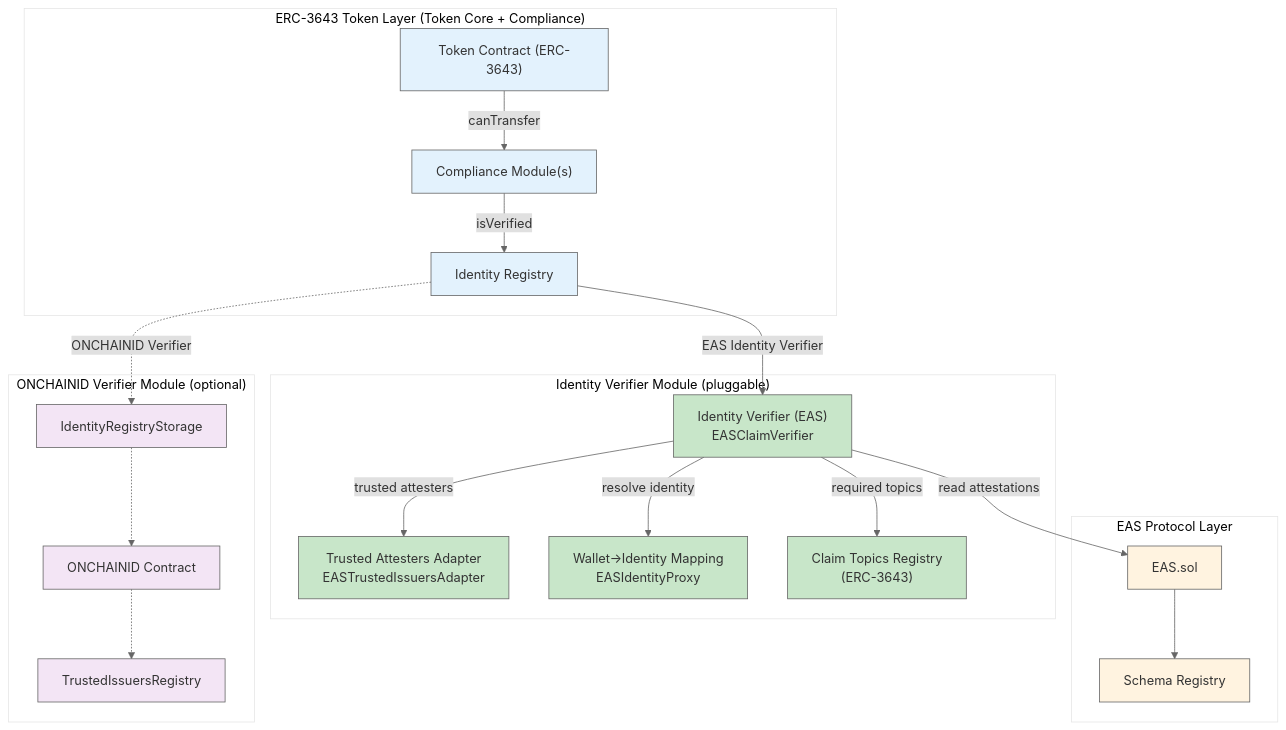
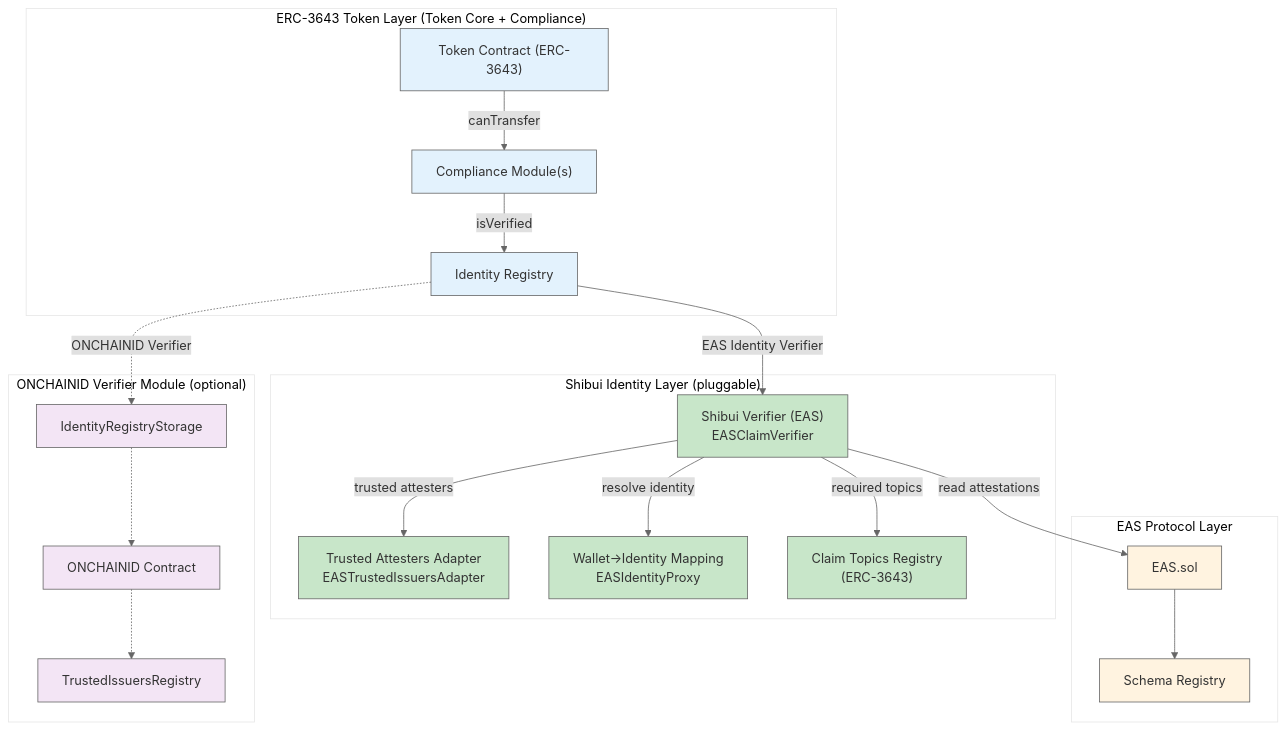
The diagram in diagrams/architecture-overview.mmd (EntEthAlliance/rnd-rwa-erc3643-eas), drawn with Mermaid before and after one commit. The commit also changed 5 other files, not shown here.

Commit message:
docs(diagrams): refresh Shibui MVP diagrams

```diff
--- a/diagrams/architecture-overview.mmd
+++ b/diagrams/architecture-overview.mmd
@@ -1,64 +1,64 @@
 %%{init: {'theme': 'base', 'themeVariables': { 'primaryColor': '#f0f0f0', 'primaryTextColor': '#333', 'primaryBorderColor': '#666', 'lineColor': '#666', 'secondaryColor': '#e0e0e0', 'tertiaryColor': '#fff'}}}%%
 flowchart TB
     %% This diagram mirrors OpenZeppelin RWA vocabulary:
-    %% - Token core calls into a separate Identity Verifier module
+    %% - Token core calls into a separate Shibui Identity Layer module
     %% - Compliance is modular and remains independent from identity proof format
 
     subgraph TokenLayer["ERC-3643 Token Layer (Token Core + Compliance)"]
         Token["Token Contract (ERC-3643)"]
         Compliance["Compliance Module(s)"]
         IR["Identity Registry"]
     end
 
-    subgraph IdentityVerifierLayer["Identity Verifier Module (pluggable)"]
-        ECV["Identity Verifier (EAS)\nEASClaimVerifier"]
+    subgraph IdentityVerifierLayer["Shibui Identity Layer (pluggable)"]
+        ECV["Shibui Verifier (EAS)\nEASClaimVerifier"]
         TIA["Trusted Attesters Adapter\nEASTrustedIssuersAdapter"]
         EIP["Wallet→Identity Mapping\nEASIdentityProxy"]
         CTR["Claim Topics Registry\n(ERC-3643)"]
     end
 
     subgraph EASLayer["EAS Protocol Layer"]
         EAS["EAS.sol"]
         SR["Schema Registry"]
     end
 
     subgraph OnchainIDLayer["ONCHAINID Verifier Module (optional)"]
         OCID["ONCHAINID Contract"]
         TIR["TrustedIssuersRegistry"]
         IRS["IdentityRegistryStorage"]
     end
 
     Token -->|canTransfer| Compliance
     Compliance -->|isVerified| IR
 
-    %% ERC-3643 Identity Registry delegates identity checks to a verifier module.
+    %% ERC-3643 Identity Registry delegates identity checks to the Shibui verifier module.
     IR -->|EAS Identity Verifier| ECV
 
     %% Optional dual-mode: keep ONCHAINID as an alternative verifier.
     IR -.->|ONCHAINID Verifier| IRS
     IRS -.-> OCID
     OCID -.-> TIR
 
     %% Internals of the EAS Identity Verifier module
     ECV -->|resolve identity| EIP
     ECV -->|required topics| CTR
     ECV -->|trusted attesters| TIA
     ECV -->|read attestations| EAS
 
     EAS --> SR
 
     style Token fill:#e3f2fd
     style Compliance fill:#e3f2fd
     style IR fill:#e3f2fd
 
     style ECV fill:#c8e6c9
     style TIA fill:#c8e6c9
     style EIP fill:#c8e6c9
     style CTR fill:#c8e6c9
 
     style EAS fill:#fff3e0
     style SR fill:#fff3e0
 
     style OCID fill:#f3e5f5
     style IRS fill:#f3e5f5
     style TIR fill:#f3e5f5
```
